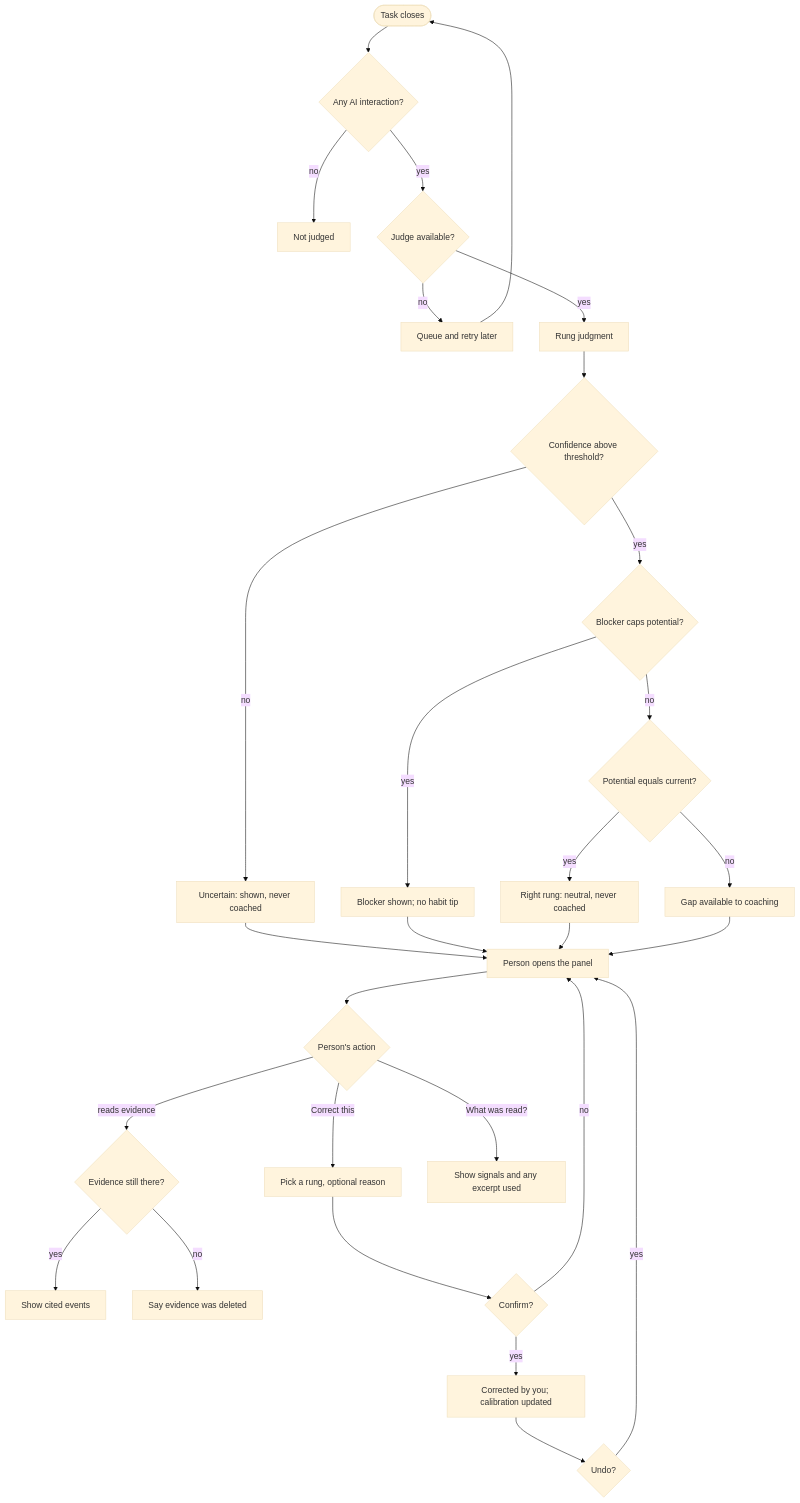
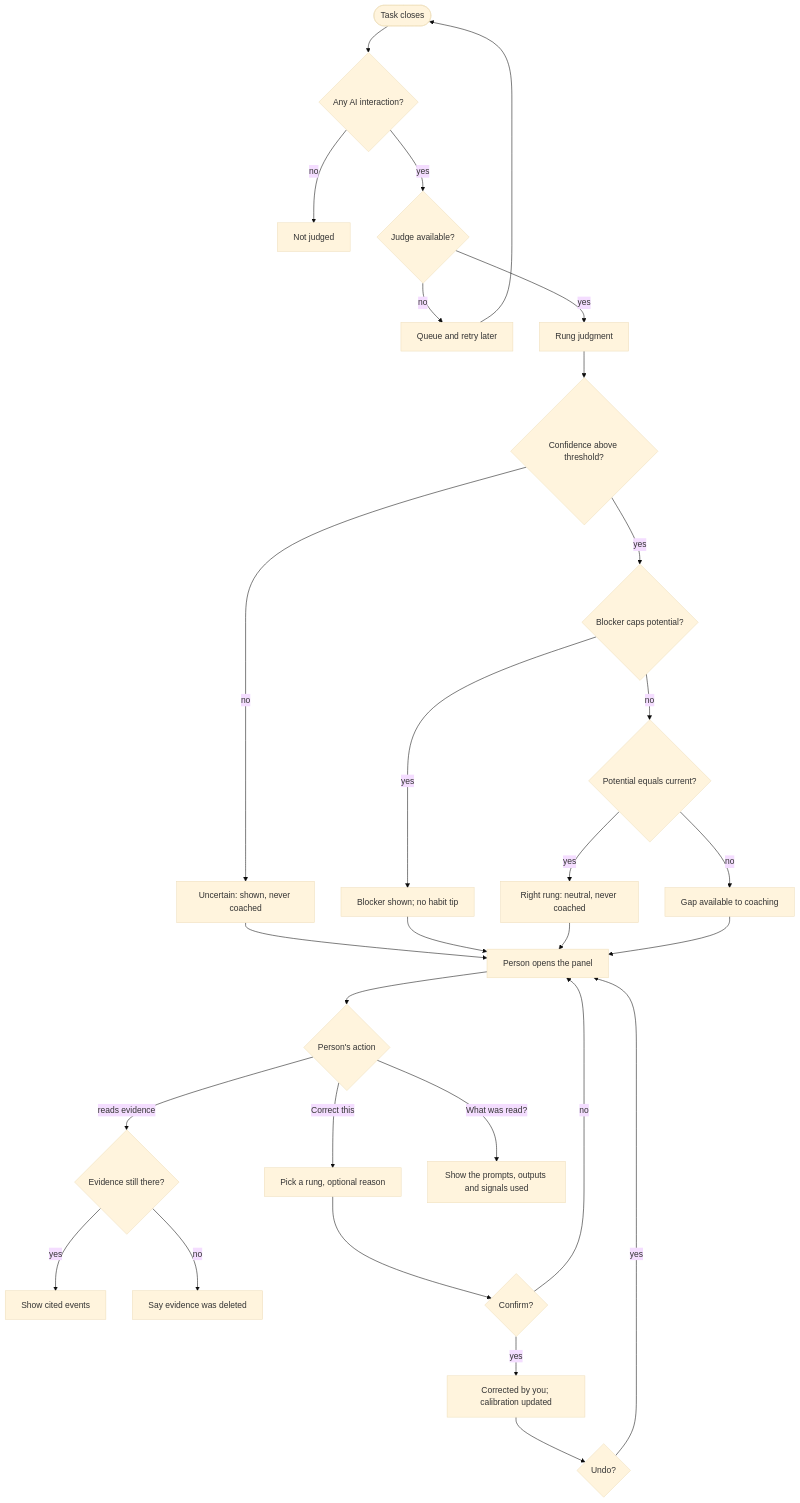
One commit to imransargusingh/AIQ changed the diagram in docs/specs/rung-model.md. Above: the diagram before and after it, drawn with Mermaid (base theme). The commit also changed other lines of this file, not shown here.

First line of the commit message:
Spec: on-device-only judge that reads prompts (Q2, pending confirmation)

````diff
--- a/docs/specs/rung-model.md
+++ b/docs/specs/rung-model.md
@@ -284,29 +283,29 @@
 ```mermaid
 flowchart TD
   close([Task closes]) --> ai{Any AI interaction?}
   ai -->|no| skip[Not judged]
   ai -->|yes| judge{Judge available?}
   judge -->|no| queue[Queue and retry later] --> close
   judge -->|yes| j[Rung judgment]
   j --> conf{Confidence above threshold?}
   conf -->|no| unc["Uncertain: shown, never coached"]
   conf -->|yes| blk{Blocker caps potential?}
   blk -->|yes| capped["Blocker shown; no habit tip"]
   blk -->|no| right{Potential equals current?}
   right -->|yes| rr["Right rung: neutral, never coached"]
   right -->|no| gap["Gap available to coaching"]
   unc --> panel
   capped --> panel
   rr --> panel
   gap --> panel
   panel[Person opens the panel] --> act{Person's action}
   act -->|reads evidence| ev{Evidence still there?}
   ev -->|yes| show[Show cited events]
   ev -->|no| del["Say evidence was deleted"]
   act -->|Correct this| pick[Pick a rung, optional reason] --> conf2{Confirm?}
   conf2 -->|no| panel
   conf2 -->|yes| corr["Corrected by you; calibration updated"]
   corr --> undo{Undo?}
   undo -->|yes| panel
-  act -->|"What was read?"| read["Show signals and any excerpt used"]
+  act -->|"What was read?"| read["Show the prompts, outputs and signals used"]
 ```
````
